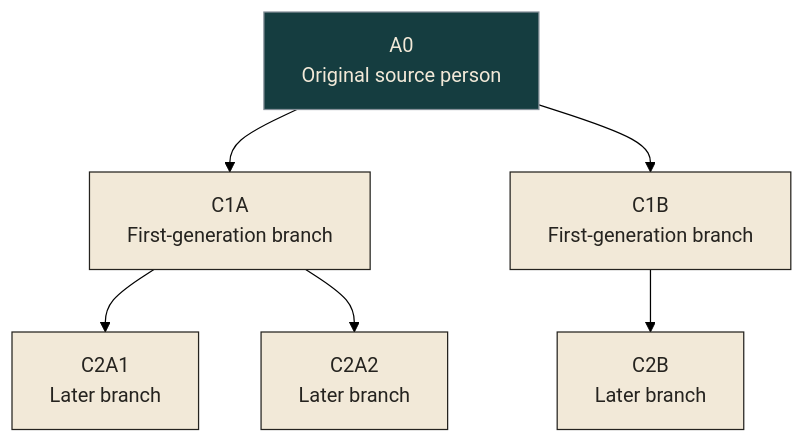
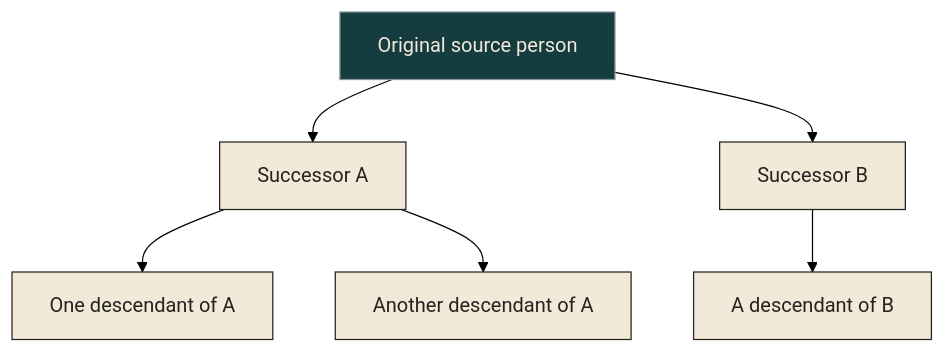
One commit to andydrewie/make-death-an-option changed the second of 4 diagrams in ATLAS.md. Above: the diagram before and after it, drawn with Mermaid (forest theme). The commit also changed other lines of this file and 16 other files, not shown here.

````diff
--- a/ATLAS.md
+++ b/ATLAS.md
@@ -104,12 +104,12 @@
 ```mermaid
 flowchart TB
-    A["A0<br/>Original source person"] --> B["C1A<br/>First-generation branch"]
-    A --> C["C1B<br/>First-generation branch"]
-    B --> D["C2A1<br/>Later branch"]
-    B --> F["C2A2<br/>Later branch"]
-    C --> G["C2B<br/>Later branch"]
+    A["Original source person"] --> B["Successor A"]
+    A --> C["Successor B"]
+    B --> D["One descendant of A"]
+    B --> F["Another descendant of A"]
+    C --> G["A descendant of B"]
     classDef origin fill:#153D40,stroke:#869099,color:#F2E9D8;
     classDef branch fill:#F2E9D8,stroke:#25231F,color:#25231F;
     class A origin;
     class B,C,D,F,G branch;
 ```
````
